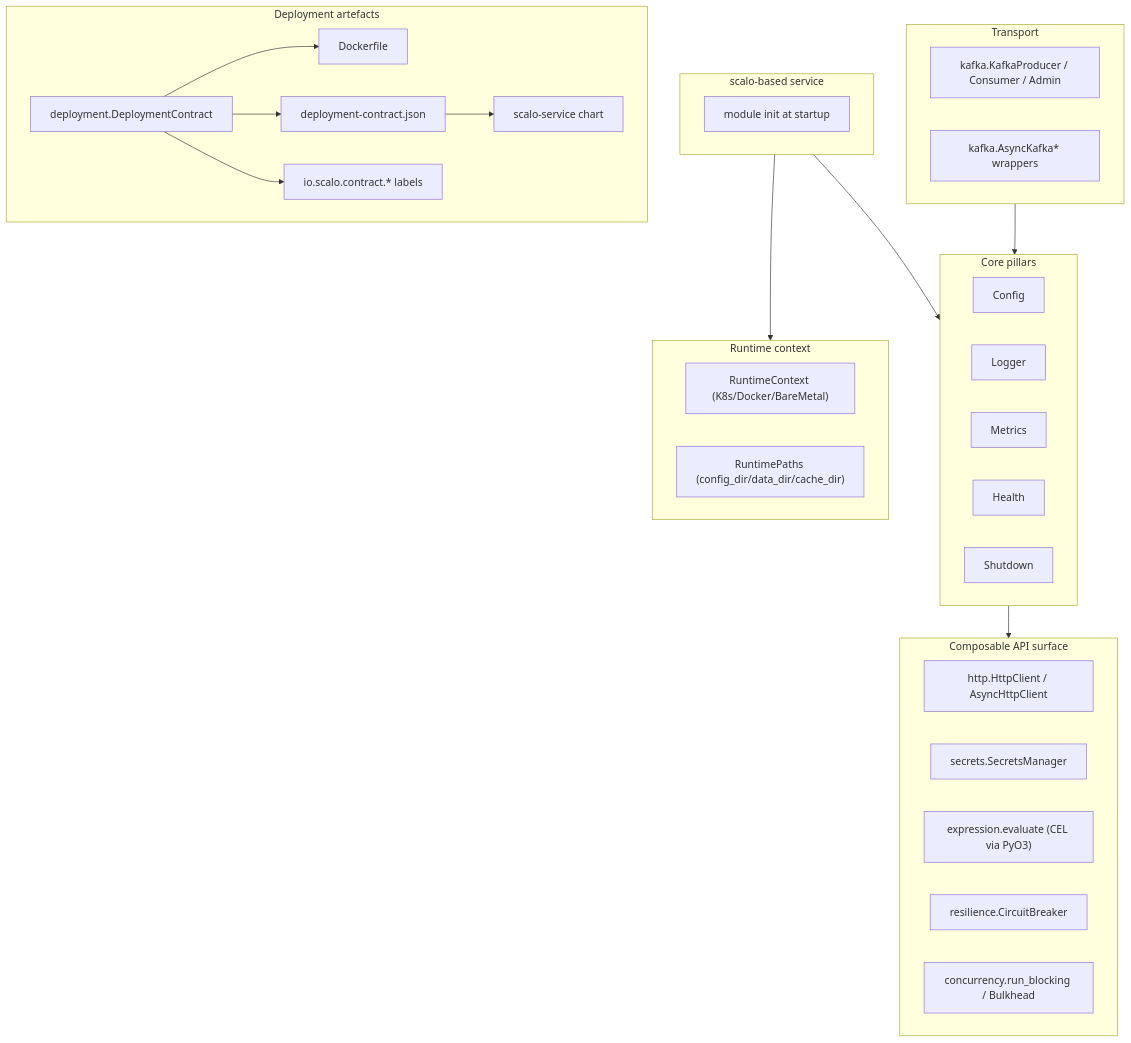
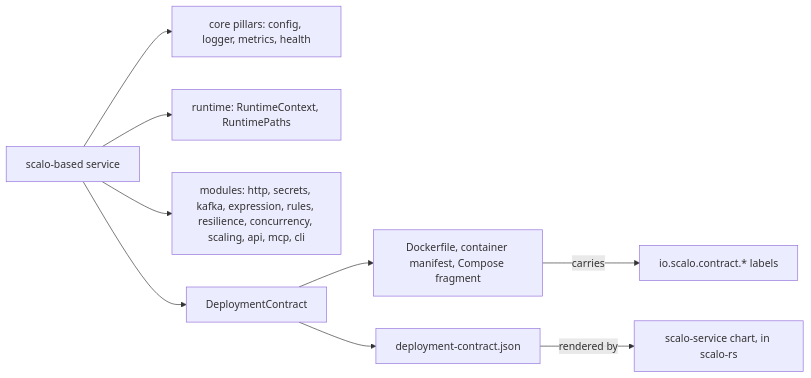
Before and after one commit to hyperi-io/scalo-py: the diagram in docs/README.md, drawn with Mermaid. The commit also changed other lines of this file and 40 other files, not shown here.

````diff
--- a/docs/README.md
+++ b/docs/README.md
@@ -39,49 +34,21 @@
 ```mermaid
-flowchart TB
-    subgraph App["scalo-based service"]
-        Init["module init at startup"]
-    end
-
-    subgraph Pillars["Core pillars"]
-        Config
-        Logger
-        Metrics
-        Health
-        Shutdown
-    end
-
-    subgraph Runtime["Runtime context"]
-        RC["RuntimeContext (K8s/Docker/BareMetal)"]
-        Paths["RuntimePaths (config_dir/data_dir/cache_dir)"]
-    end
-
-    subgraph API["Composable API surface"]
-        HTTP["http.HttpClient / AsyncHttpClient"]
-        Secrets["secrets.SecretsManager"]
-        Expr["expression.evaluate (CEL via PyO3)"]
-        Resil["resilience.CircuitBreaker"]
-        Conc["concurrency.run_blocking / Bulkhead"]
-    end
-
-    subgraph Transport["Transport"]
-        Kafka["kafka.KafkaProducer / Consumer / Admin"]
-        AsyncKafka["kafka.AsyncKafka* wrappers"]
-    end
-
-    subgraph Deploy["Deployment artefacts"]
-        DC["deployment.DeploymentContract"]
-        DF["Dockerfile"]
-        CJ["deployment-contract.json"]
-        CH["scalo-service chart"]
-        ID["io.scalo.contract.* labels"]
-    end
+flowchart LR
+    App["scalo-based service"]
+    Pillars["core pillars: config, logger, metrics, health"]
+    Runtime["runtime: RuntimeContext, RuntimePaths"]
+    Mods["modules: http, secrets, kafka, expression, rules, resilience, concurrency, scaling, api, mcp, cli"]
+    DC["DeploymentContract"]
+    DF["Dockerfile, container manifest, Compose fragment"]
+    CJ["deployment-contract.json"]
+    CH["scalo-service chart, in scalo-rs"]
+    ID["io.scalo.contract.* labels"]
 
     App --> Pillars
     App --> Runtime
-    Pillars --> API
-    Transport --> Pillars
+    App --> Mods
+    App --> DC
     DC --> DF
     DC --> CJ
-    CJ --> CH
-    DC --> ID
+    DF -->|carries| ID
+    CJ -->|rendered by| CH
 ```
````
